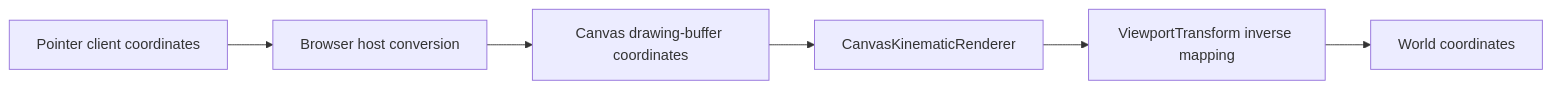
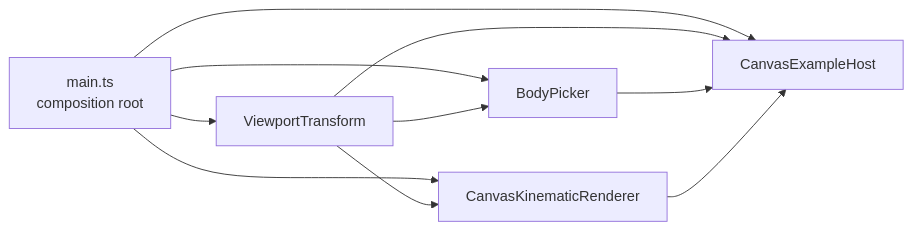
Before and after one commit to fa-ribeiro/vLab2D: the eighth of 11 diagrams in docs/architecture/README.md, drawn with Mermaid. The commit also changed other lines of this file and 4 other files, not shown here.

Commit message:
docs: reconcile phase 2 architecture

````diff
--- a/docs/architecture/README.md
+++ b/docs/architecture/README.md
@@ -983,11 +578,19 @@
 ```mermaid
 flowchart LR
-    CLIENT["Pointer client coordinates"]
-    HOST["Browser host conversion"]
-    DISPLAY["Canvas drawing-buffer coordinates"]
-    RENDERER["CanvasKinematicRenderer"]
-    TRANSFORM["ViewportTransform inverse mapping"]
-    WORLD["World coordinates"]
+    MAIN["main.ts<br/>composition root"]
+    V["ViewportTransform"]
+    R["CanvasKinematicRenderer"]
+    P["BodyPicker"]
+    H["CanvasExampleHost"]
 
-    CLIENT --> HOST --> DISPLAY --> RENDERER --> TRANSFORM --> WORLD
+    MAIN --> V
+    MAIN --> R
+    MAIN --> P
+    MAIN --> H
+
+    V --> R
+    V --> P
+    V --> H
+    P --> H
+    R --> H
 ```
````
